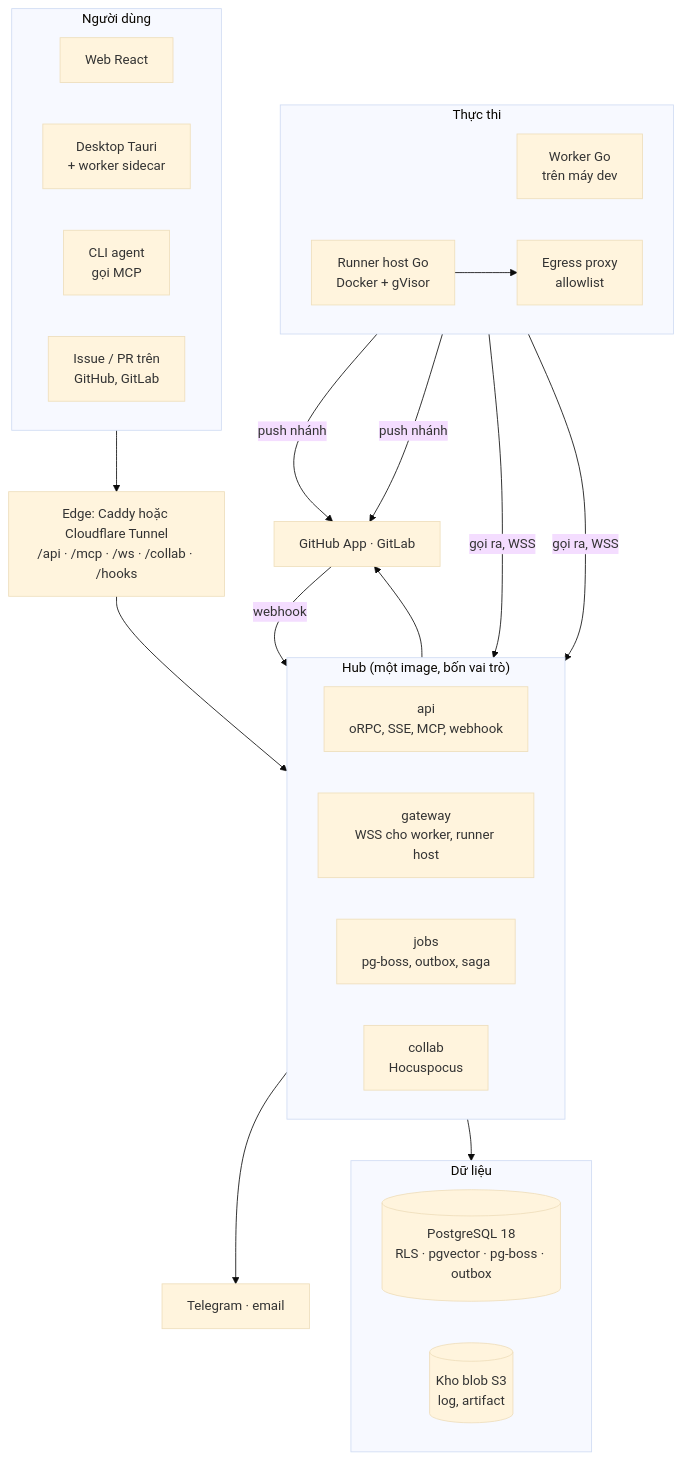
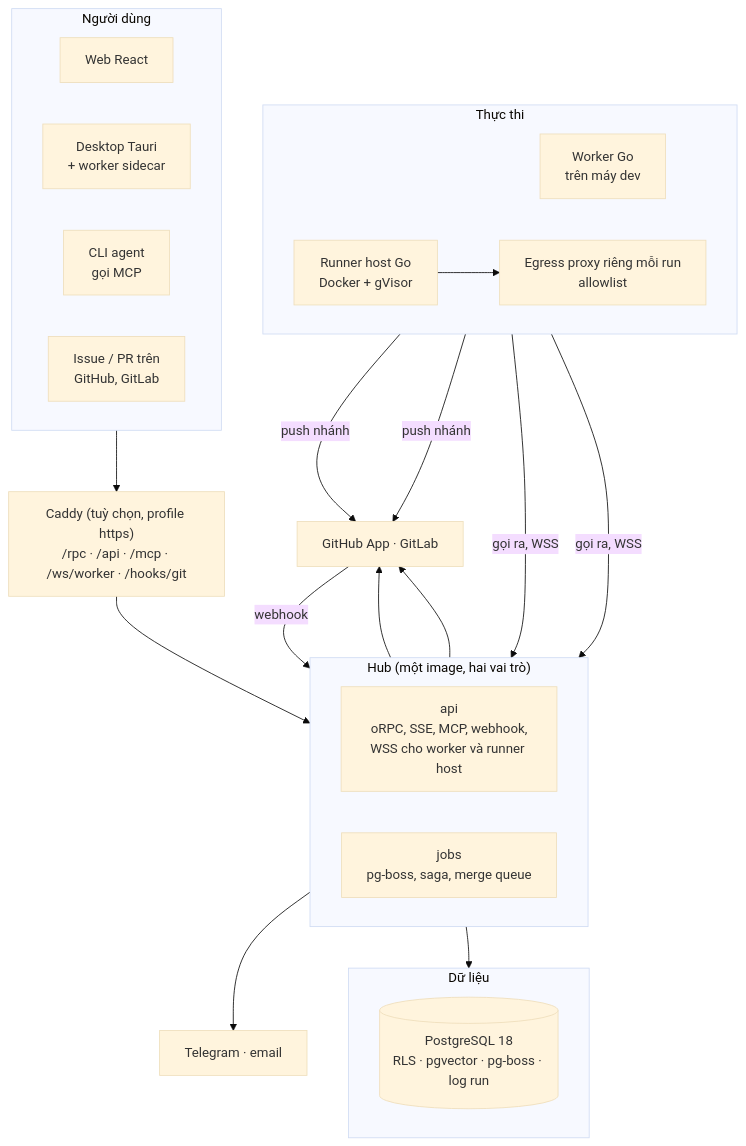
One commit to tdduydev/xdev-hive changed the first of 4 diagrams in docs/architecture.md. Above: the diagram before and after it, drawn with Mermaid (base theme). The commit also changed other lines of this file and 8 other files, not shown here.

First line of the commit message:
docs: Architecture Design Document, mô hình triển khai, đối chiếu architecture.md với code

````diff
--- a/docs/architecture.md
+++ b/docs/architecture.md
@@ -26,42 +22,39 @@
 ```mermaid
 flowchart TB
   subgraph C["Người dùng"]
     direction LR
     WEB["Web React"]
     DESK["Desktop Tauri<br/>+ worker sidecar"]
     CLIAG["CLI agent<br/>gọi MCP"]
     GITU["Issue / PR trên<br/>GitHub, GitLab"]
   end
-  EDGE["Edge: Caddy hoặc Cloudflare Tunnel<br/>/api · /mcp · /ws · /collab · /hooks"]
-  subgraph HUB["Hub (một image, bốn vai trò)"]
+  EDGE["Caddy (tuỳ chọn, profile https)<br/>/rpc · /api · /mcp · /ws/worker · /hooks/git"]
+  subgraph HUB["Hub (một image, hai vai trò)"]
     direction LR
-    API["api<br/>oRPC, SSE, MCP, webhook"]
-    GW["gateway<br/>WSS cho worker, runner host"]
-    JOBS["jobs<br/>pg-boss, outbox, saga"]
-    COL["collab<br/>Hocuspocus"]
+    API["api<br/>oRPC, SSE, MCP, webhook,<br/>WSS cho worker và runner host"]
+    JOBS["jobs<br/>pg-boss, saga, merge queue"]
   end
   subgraph DATA["Dữ liệu"]
-    direction LR
-    PG[("PostgreSQL 18<br/>RLS · pgvector · pg-boss · outbox")]
-    BLOB[("Kho blob S3<br/>log, artifact")]
+    PG[("PostgreSQL 18<br/>RLS · pgvector · pg-boss · log run")]
   end
   subgraph EXEC["Thực thi"]
     direction LR
     WK["Worker Go<br/>trên máy dev"]
     RH["Runner host Go<br/>Docker + gVisor"]
-    EGP["Egress proxy<br/>allowlist"]
+    EGP["Egress proxy riêng mỗi run<br/>allowlist"]
   end
   SCM["GitHub App · GitLab"]
   NOTI["Telegram · email"]
 
   C --> EDGE --> HUB
   HUB --> DATA
-  WK -->|"gọi ra, WSS"| GW
-  RH -->|"gọi ra, WSS"| GW
+  WK -->|"gọi ra, WSS"| API
+  RH -->|"gọi ra, WSS"| API
   RH --> EGP
+  API --> SCM
   JOBS --> SCM
   SCM -->|"webhook"| API
   JOBS --> NOTI
   WK -->|"push nhánh"| SCM
   RH -->|"push nhánh"| SCM
 ```
````
